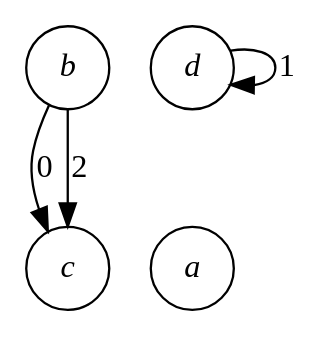
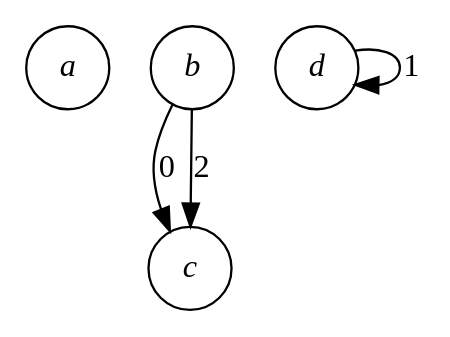
The diagram in src/Ubiquitous.Workbench/IndexedGraphs/02.gv (qbit86/arborescence), drawn with Graphviz before and after one commit. The commit also changed 1 other file, not shown here.

```diff
--- a/src/Ubiquitous.Workbench/IndexedGraphs/02.gv
+++ b/src/Ubiquitous.Workbench/IndexedGraphs/02.gv
@@ -1,10 +1,7 @@
 digraph "Isolated first vertex" {
   node [shape=circle fontname="Times-Italic"]
+  a b c d
   b -> c [label=0]
   d -> d [label=1]
   b -> c [label=2]
-  {
-    rank=same
-    c a
-  }
 }
```
